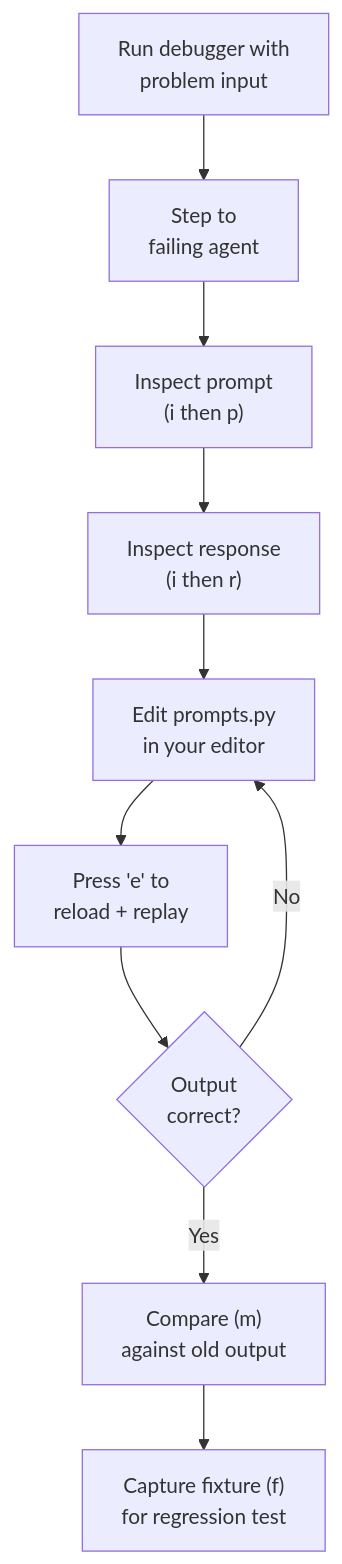
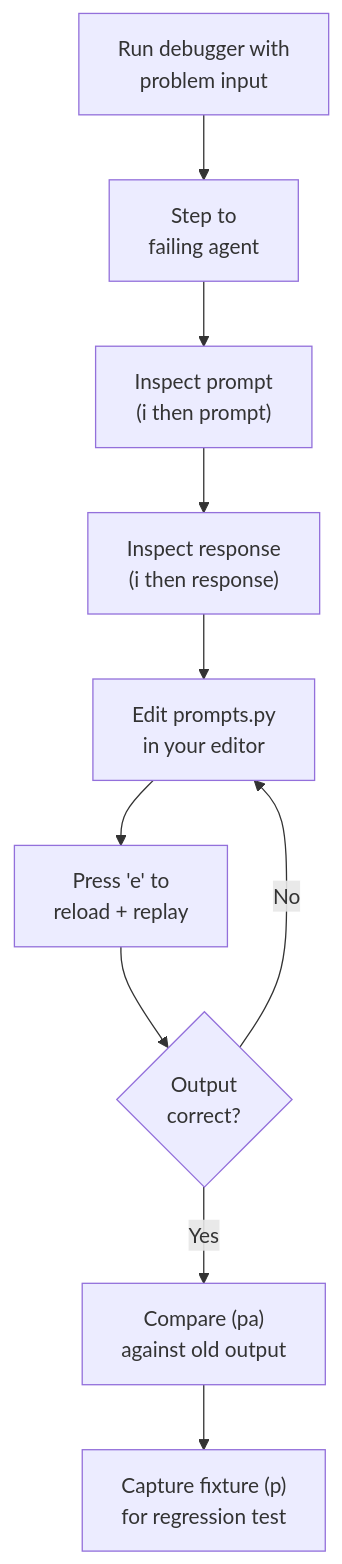
One commit to reubenjohn/theact changed the diagram in docs/guides/debugging.md. Above: the diagram before and after it, drawn with Mermaid. The commit also changed other lines of this file and 8 other files, not shown here.

````diff
--- a/docs/guides/debugging.md
+++ b/docs/guides/debugging.md
@@ -29,12 +29,12 @@
 ```mermaid
 flowchart TD
     A["Run debugger with\nproblem input"] --> B["Step to\nfailing agent"]
-    B --> C["Inspect prompt\n(i then p)"]
-    C --> D["Inspect response\n(i then r)"]
+    B --> C["Inspect prompt\n(i then prompt)"]
+    C --> D["Inspect response\n(i then response)"]
     D --> E["Edit prompts.py\nin your editor"]
     E --> F["Press 'e' to\nreload + replay"]
     F --> G{"Output\ncorrect?"}
     G -->|No| E
-    G -->|Yes| H["Compare (m)\nagainst old output"]
-    H --> I["Capture fixture (f)\nfor regression test"]
+    G -->|Yes| H["Compare (pa)\nagainst old output"]
+    H --> I["Capture fixture (p)\nfor regression test"]
 ```
````
